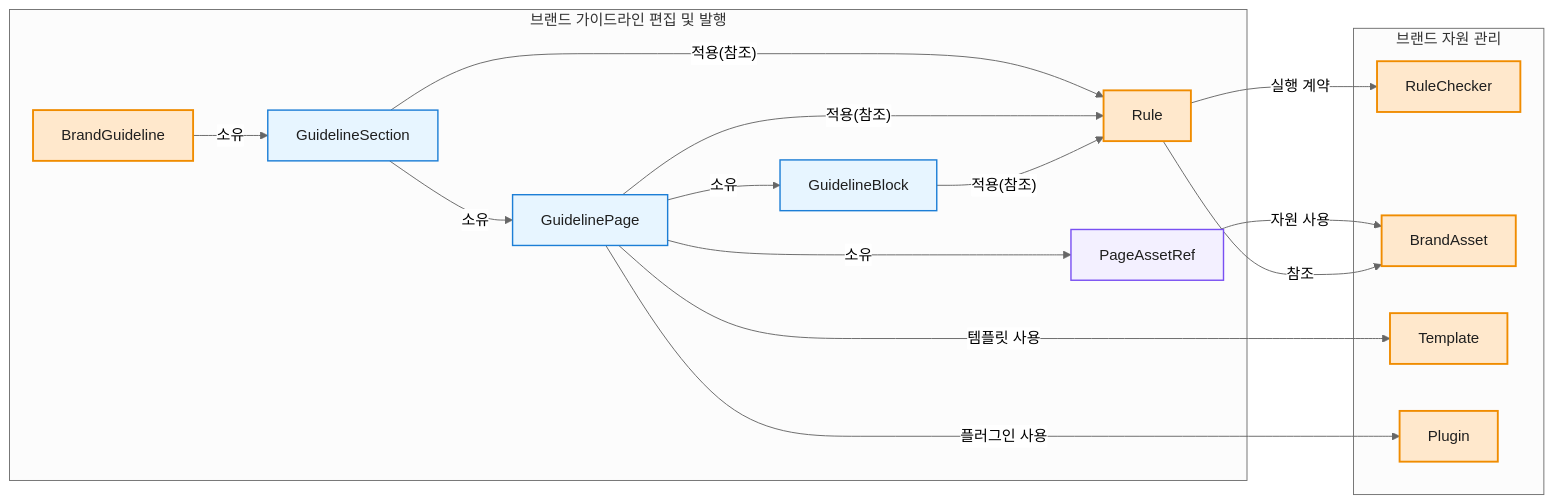
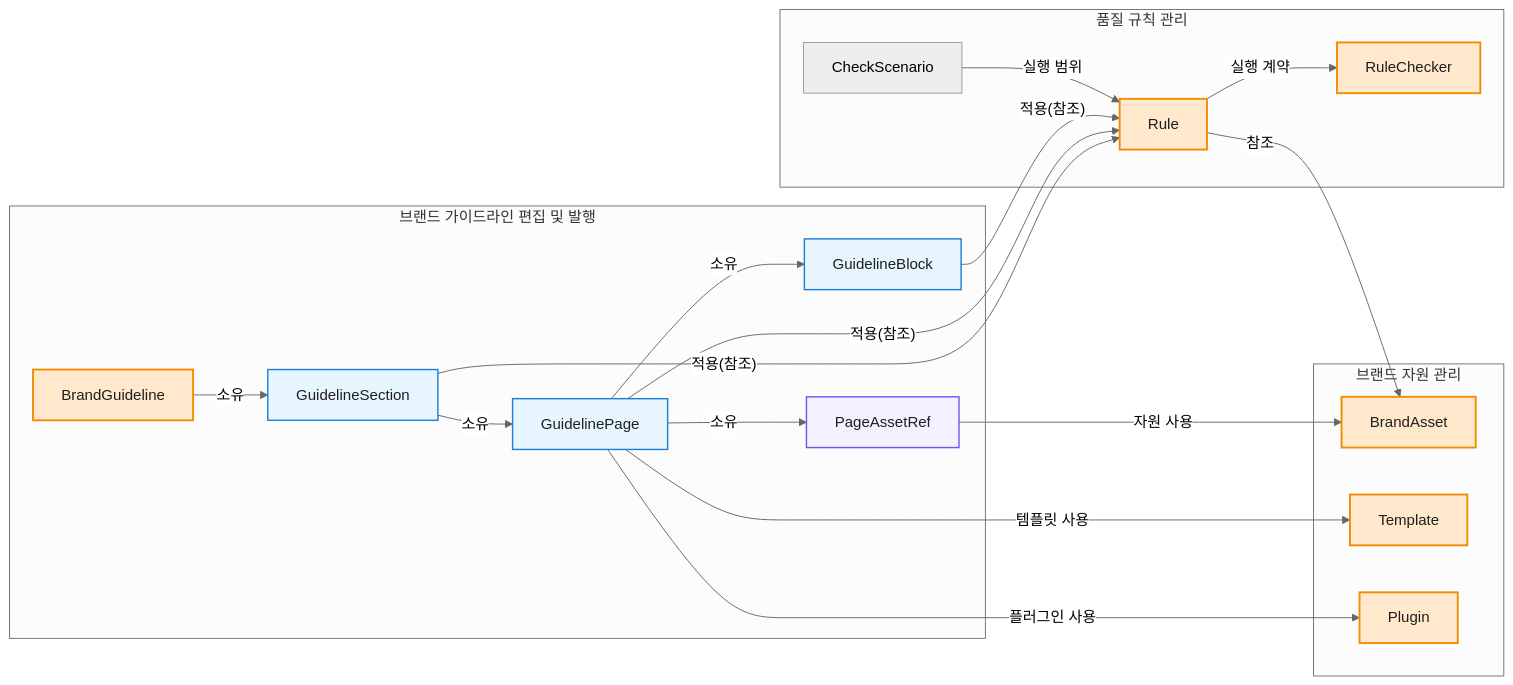
One commit to ewoooo/living-brand-system changed the third of 5 diagrams in docs/04-domain-model.md. Above: the diagram before and after it, drawn with Mermaid (neutral theme). The commit also changed other lines of this file and 57 other files, not shown here.

````diff
--- a/docs/04-domain-model.md
+++ b/docs/04-domain-model.md
@@ -256,39 +267,44 @@
 ```mermaid
 flowchart LR
   subgraph Edit["브랜드 가이드라인 편집 및 발행"]
     BrandGuideline["BrandGuideline"]
     Section["GuidelineSection"]
     Page["GuidelinePage"]
     Block["GuidelineBlock"]
-    Rule["Rule"]
     PageAssetRefNode["PageAssetRef"]
   end
 
+  subgraph QualityRule["품질 규칙 관리"]
+    Rule["Rule"]
+    RuleChecker["RuleChecker"]
+    CheckScenario["CheckScenario"]
+  end
+
   subgraph Resource["브랜드 자원 관리"]
-    RuleChecker["RuleChecker"]
     BrandAsset["BrandAsset"]
     Template["Template"]
     Plugin["Plugin"]
   end
 
   BrandGuideline -->|"소유"| Section
   Section -->|"소유"| Page
   Page -->|"소유"| Block
   Section -->|"적용(참조)"| Rule
   Page -->|"적용(참조)"| Rule
   Block -->|"적용(참조)"| Rule
   Rule -->|"실행 계약"| RuleChecker
+  CheckScenario -->|"실행 범위"| Rule
   Page -->|"소유"| PageAssetRefNode
   PageAssetRefNode -->|"자원 사용"| BrandAsset
   Page -->|"템플릿 사용"| Template
   Page -->|"플러그인 사용"| Plugin
   Rule -->|"참조"| BrandAsset
 
   classDef aggregate fill:#FFE8CC,stroke:#F08C00,stroke-width:2px,color:#1F1F1F;
   classDef entity fill:#E7F5FF,stroke:#1C7ED6,stroke-width:1.5px,color:#1F1F1F;
   classDef childEntity fill:#F3F0FF,stroke:#7950F2,stroke-width:1.5px,color:#1F1F1F;
 
   class BrandGuideline,Rule,RuleChecker,BrandAsset,Template,Plugin aggregate;
   class Section,Page,Block entity;
   class PageAssetRefNode childEntity;
 ```
````
